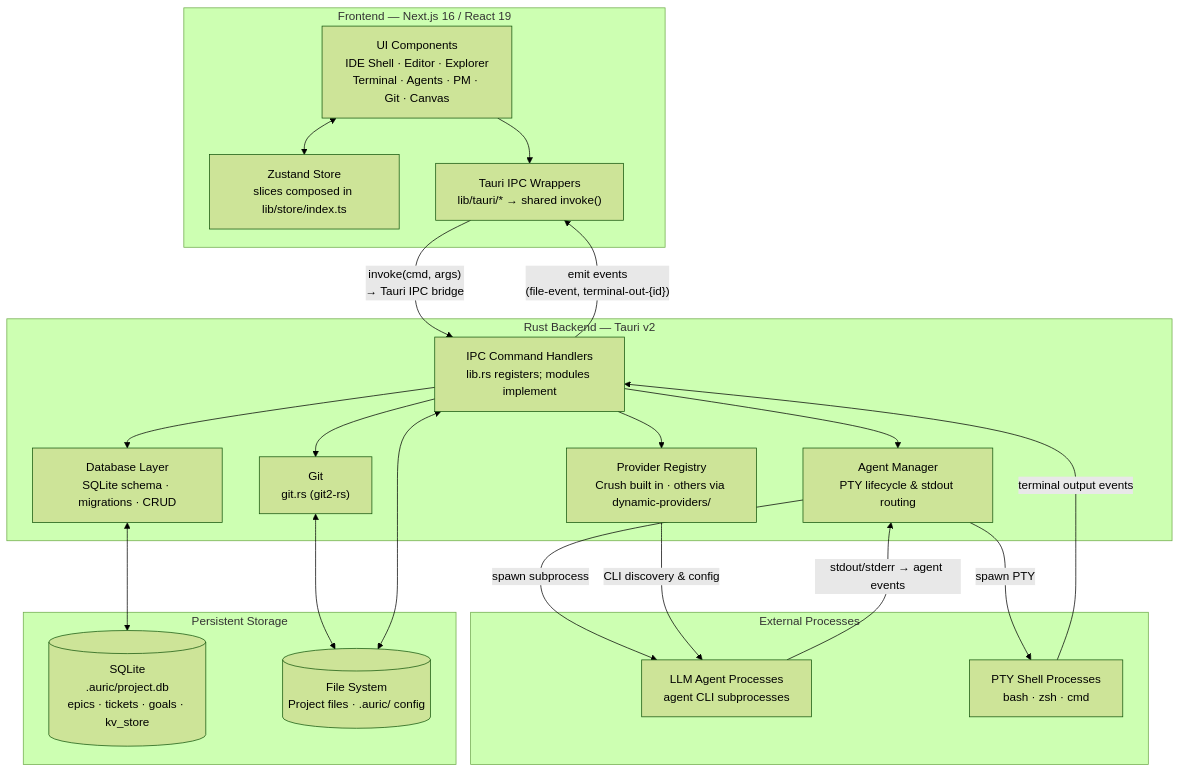
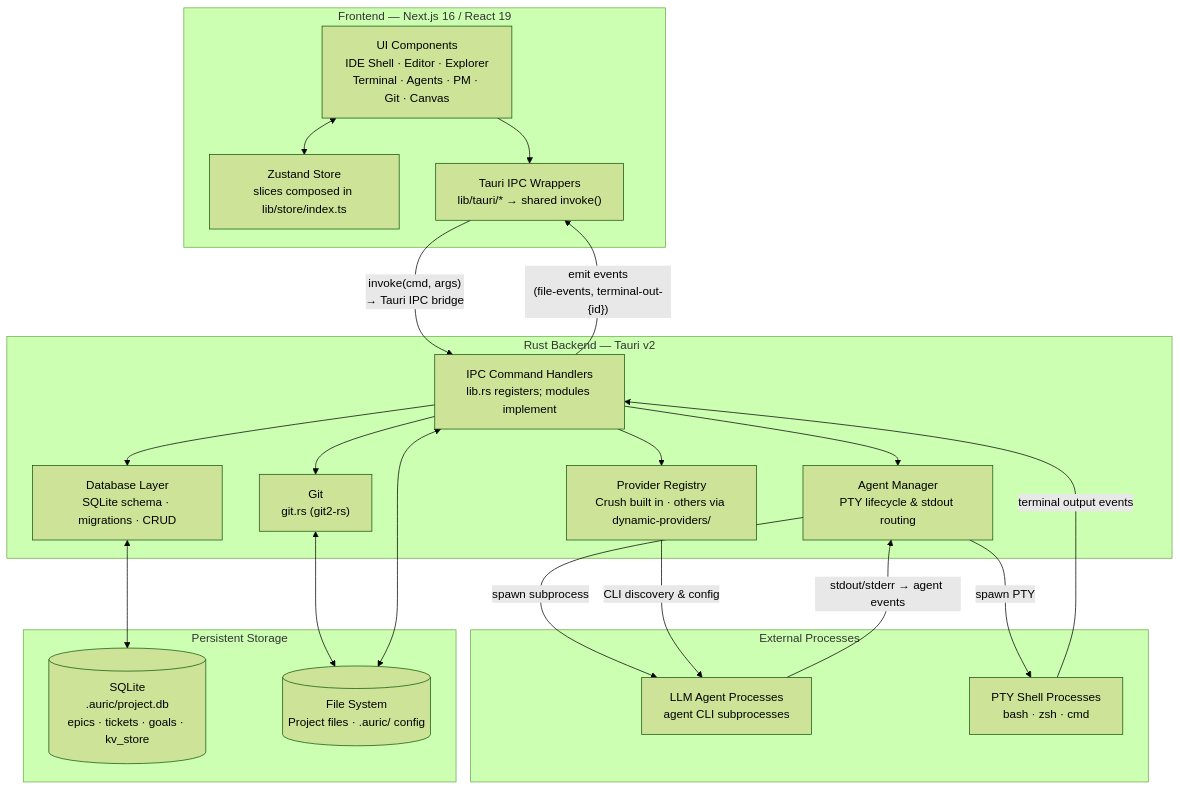
One commit to j-amelunxen/AuricIDE changed the diagram in docs/architecture.md. Above: the diagram before and after it, drawn with Mermaid (forest theme). The commit also changed 13 other files, not shown here.

````diff
--- a/docs/architecture.md
+++ b/docs/architecture.md
@@ -7,47 +7,47 @@
 ```mermaid
 flowchart TD
     subgraph Frontend["Frontend — Next.js 16 / React 19"]
         UI["UI Components\nIDE Shell · Editor · Explorer\nTerminal · Agents · PM · Git · Canvas"]
         Store["Zustand Store\nslices composed in lib/store/index.ts"]
         IPCWrappers["Tauri IPC Wrappers\nlib/tauri/* → shared invoke()"]
         UI <--> Store
         UI --> IPCWrappers
     end
 
     subgraph RustBackend["Rust Backend — Tauri v2"]
         Commands["IPC Command Handlers\nlib.rs registers; modules implement"]
         GitLayer["Git\ngit.rs (git2-rs)"]
         AgentMgr["Agent Manager\nPTY lifecycle & stdout routing"]
         DbLayer["Database Layer\nSQLite schema · migrations · CRUD"]
         ProviderReg["Provider Registry\nCrush built in · others via dynamic-providers/"]
     end
 
     subgraph ExternalProcs["External Processes"]
         LLMAgents["LLM Agent Processes\nagent CLI subprocesses"]
         PTYShells["PTY Shell Processes\nbash · zsh · cmd"]
     end
 
     subgraph Storage["Persistent Storage"]
         SQLiteDB[("SQLite\n.auric/project.db\nepics · tickets · goals · kv_store")]
         FileSystem[("File System\nProject files · .auric/ config")]
     end
 
     IPCWrappers -- "invoke(cmd, args)\n→ Tauri IPC bridge" --> Commands
-    Commands -- "emit events\n(file-event, terminal-out-{id})" --> IPCWrappers
+    Commands -- "emit events\n(file-events, terminal-out-{id})" --> IPCWrappers
 
     Commands --> GitLayer
     Commands --> AgentMgr
     Commands --> DbLayer
     Commands --> ProviderReg
 
     AgentMgr -- "spawn subprocess" --> LLMAgents
     AgentMgr -- "spawn PTY" --> PTYShells
     ProviderReg -- "CLI discovery & config" --> LLMAgents
 
     LLMAgents -- "stdout/stderr → agent events" --> AgentMgr
     PTYShells -- "terminal output events" --> Commands
 
     DbLayer <--> SQLiteDB
     GitLayer <--> FileSystem
     Commands <--> FileSystem
 ```
````
